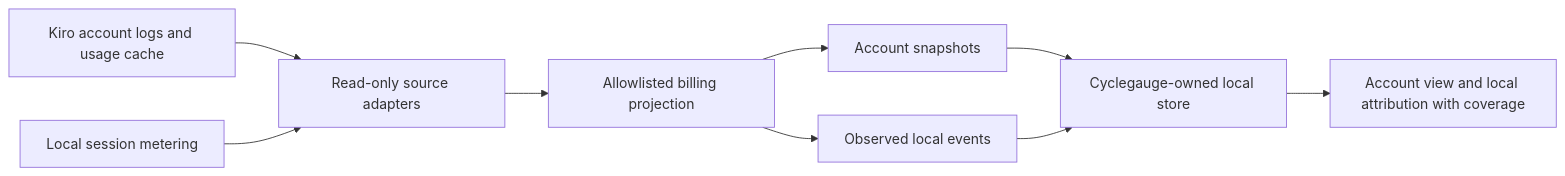
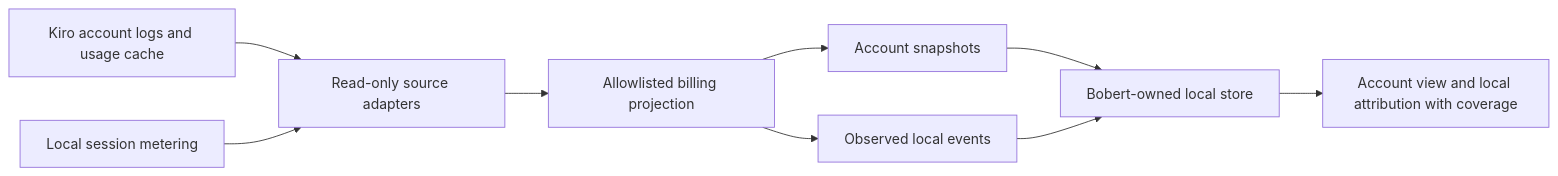
One commit to StefanSuess/Cyclegauge changed the diagram in ARCHITECTURE.md. Above: the diagram before and after it, drawn with Mermaid. The commit also changed other lines of this file and 120 other files, not shown here.

First line of the commit message:
feat!: rename Cyclegauge to Bobert: Kiro Credit Tracker

````diff
--- a/ARCHITECTURE.md
+++ b/ARCHITECTURE.md
@@ -13,11 +13,11 @@
 ```mermaid
 flowchart LR
   K[Kiro account logs and usage cache] --> R[Read-only source adapters]
   S[Local session metering] --> R
   R --> P[Allowlisted billing projection]
   P --> A[Account snapshots]
   P --> E[Observed local events]
-  A --> D[Cyclegauge-owned local store]
+  A --> D[Bobert-owned local store]
   E --> D
   D --> V[Account view and local attribution with coverage]
 ```
````
